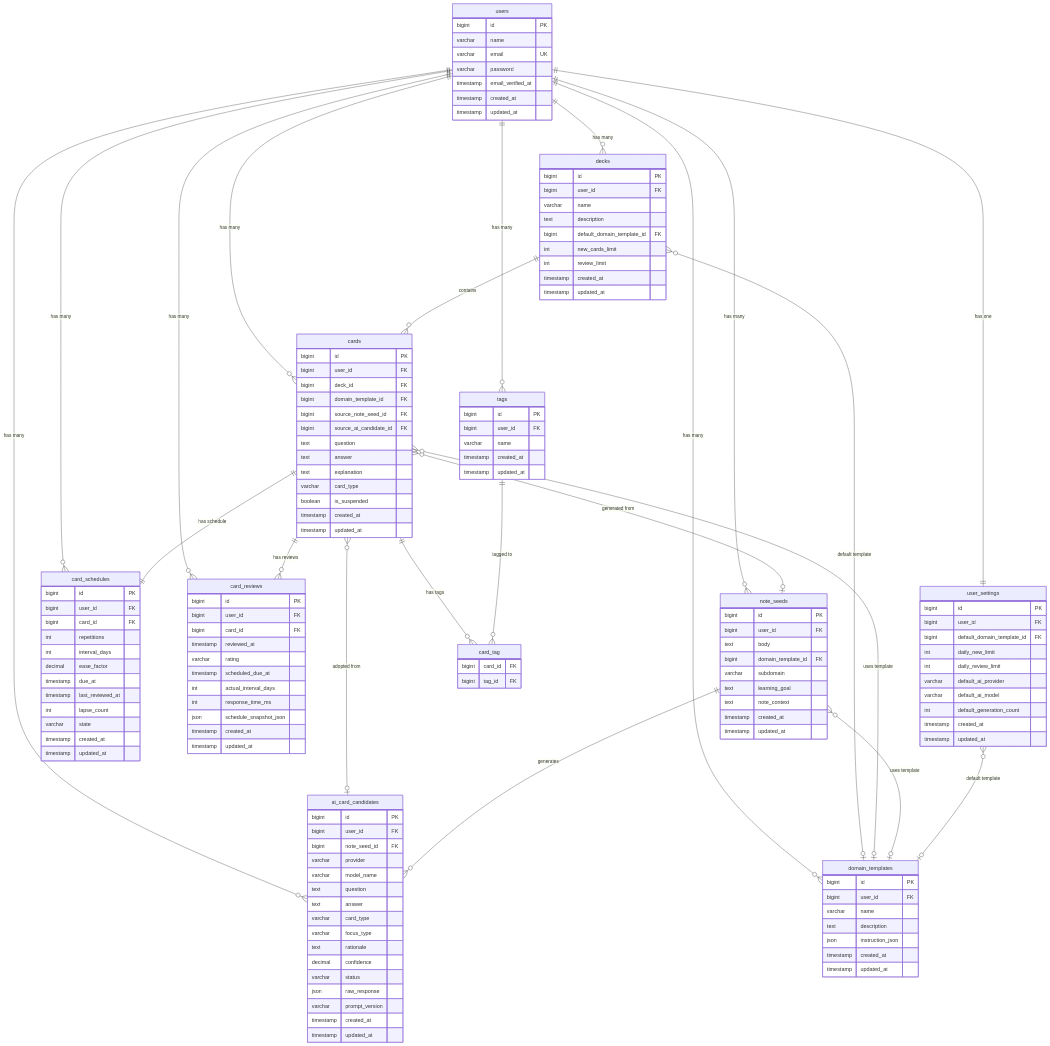
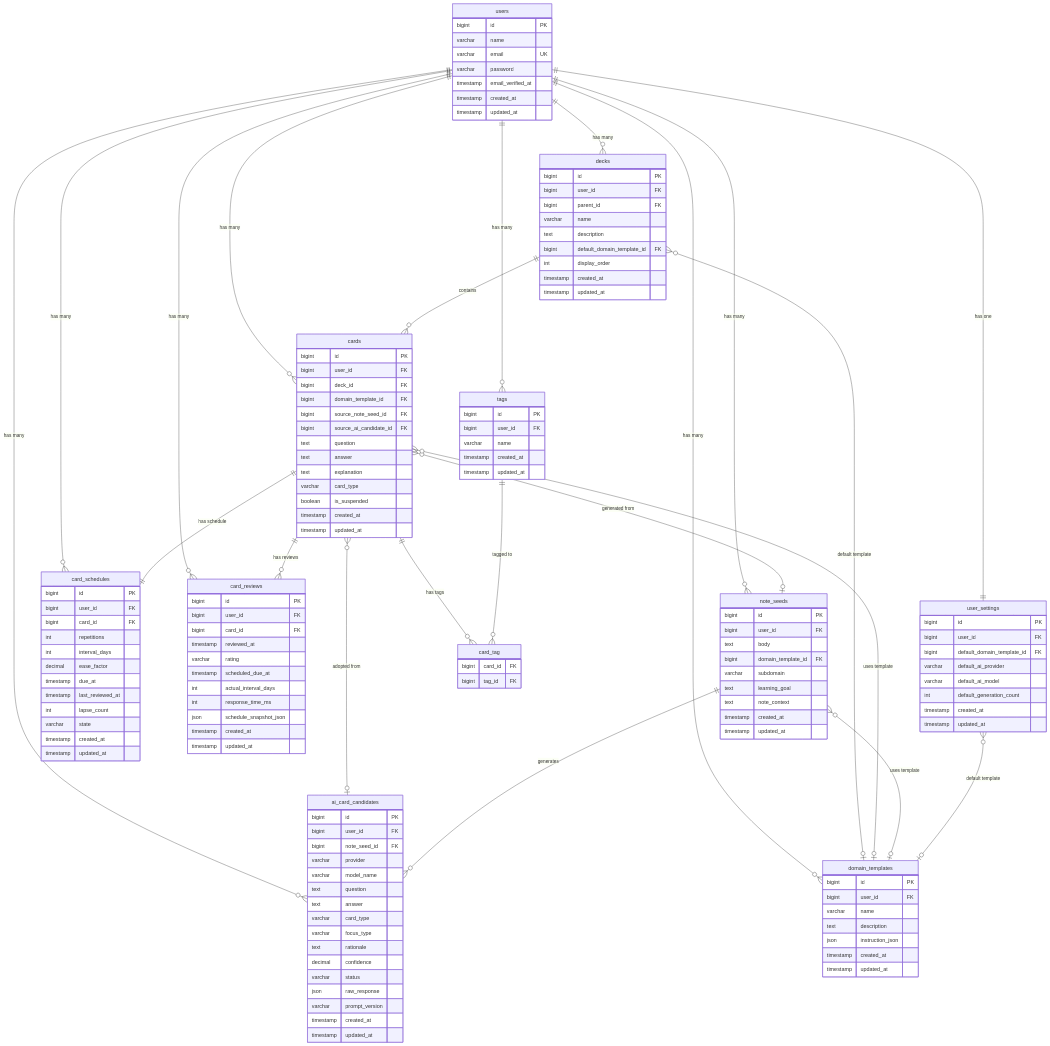
One commit to Horita-Kaito/anki_ai_flashcard changed the diagram in docs/02_er_diagram.md. Above: the diagram before and after it, drawn with Mermaid. The commit also changed other lines of this file and 3 other files, not shown here.

```diff
--- a/docs/02_er_diagram.md
+++ b/docs/02_er_diagram.md
@@ -44,11 +44,11 @@
     decks {
         bigint id PK
         bigint user_id FK
+        bigint parent_id FK
         varchar name
         text description
         bigint default_domain_template_id FK
-        int new_cards_limit
-        int review_limit
+        int display_order
         timestamp created_at
         timestamp updated_at
     }
@@ -156,8 +156,6 @@
         bigint id PK
         bigint user_id FK
         bigint default_domain_template_id FK
-        int daily_new_limit
-        int daily_review_limit
         varchar default_ai_provider
         varchar default_ai_model
         int default_generation_count
```
